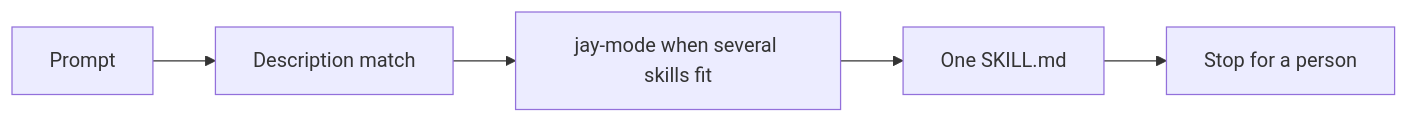
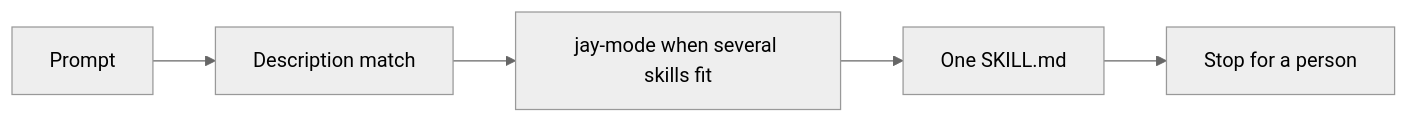
One commit to JayCommit/jstack changed the diagram in site/how-it-works.md. Above: the diagram before and after it, drawn with Mermaid. The commit also changed other lines of this file and 8 other files, not shown here.

````diff
--- a/site/how-it-works.md
+++ b/site/how-it-works.md
@@ -52,7 +52,8 @@
 ```mermaid
+%%{init: {"theme": "neutral"}}%%
 flowchart LR
   prompt[Prompt] --> match[Description match]
   match --> mode[jay-mode when several skills fit]
   mode --> skill[One SKILL.md]
   skill --> stop[Stop for a person]
 ```
````
